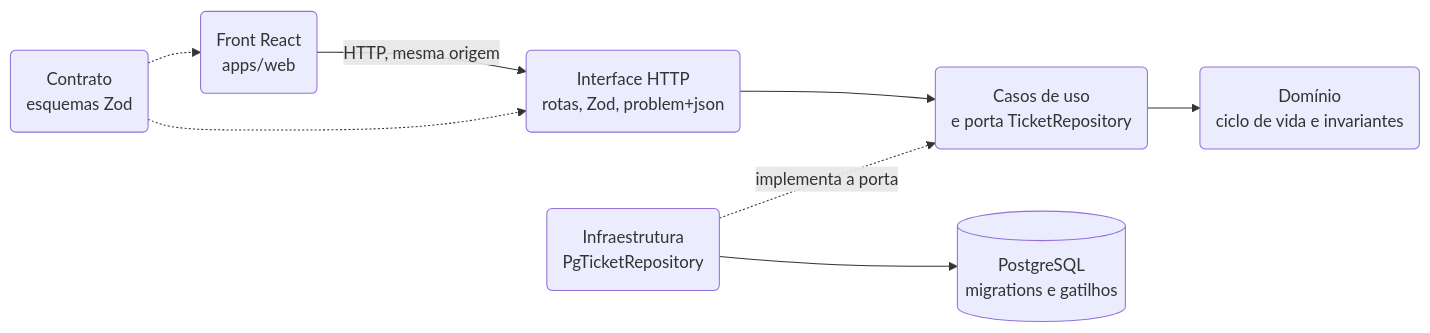
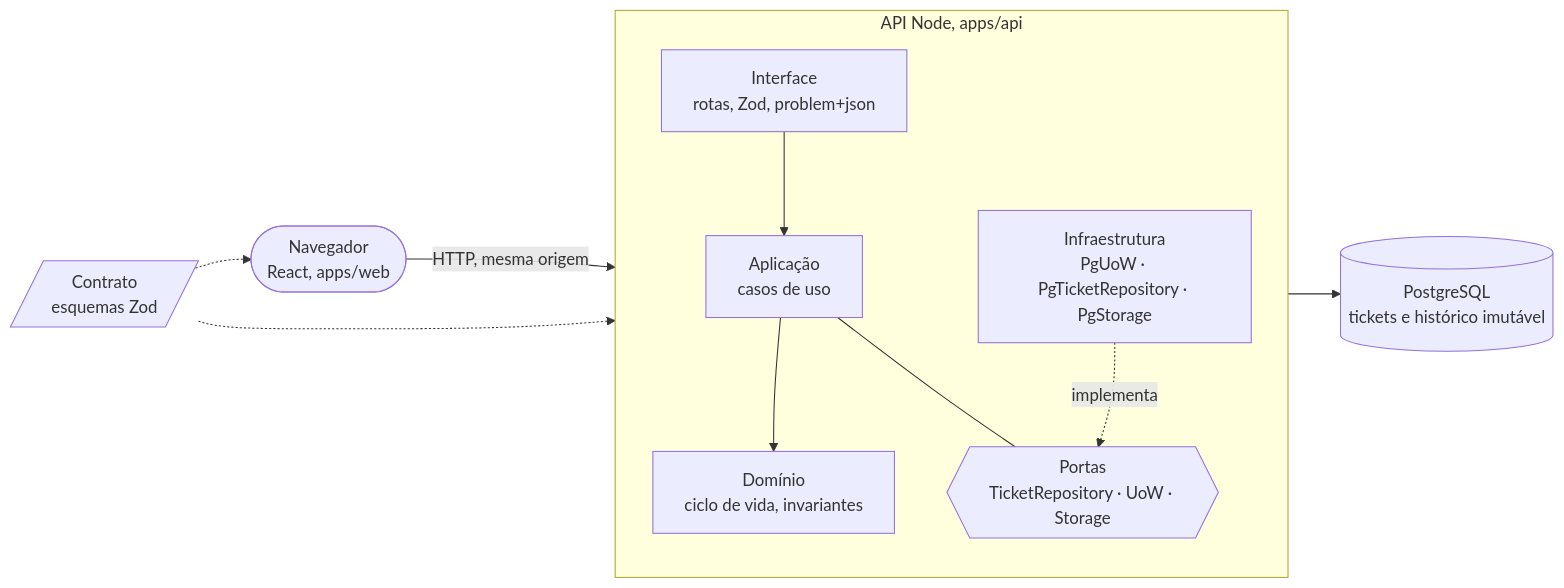
The diagram in README.md (geldois/ticketdesk), drawn with Mermaid before and after one commit. The commit also changed other lines of this file and 2 other files, not shown here.

````diff
--- a/README.md
+++ b/README.md
@@ -20,10 +23,20 @@
 ```mermaid
 flowchart LR
-    Web("Front React<br/>apps/web") -->|"HTTP, mesma origem"| Interface("Interface HTTP<br/>rotas, Zod, problem+json")
-    Contract("Contrato<br/>esquemas Zod") -.-> Web
-    Contract -.-> Interface
-    Interface --> Application("Casos de uso<br/>e porta TicketRepository")
-    Application --> Domain("Domínio<br/>ciclo de vida e invariantes")
-    Infra("Infraestrutura<br/>PgTicketRepository") -.->|"implementa a porta"| Application
-    Infra --> Db[("PostgreSQL<br/>migrations e gatilhos")]
+    Navegador(["Navegador<br/>React, apps/web"])
+    subgraph API["API Node, apps/api"]
+        direction TB
+        Interface["Interface<br/>rotas, Zod, problem+json"]
+        Aplicacao["Aplicação<br/>casos de uso"]
+        Dominio["Domínio<br/>ciclo de vida, invariantes"]
+        Portas{{"Portas<br/>TicketRepository · UoW · Storage"}}
+        Infra["Infraestrutura<br/>PgUoW · PgTicketRepository · PgStorage"]
+    end
+    Contrato[/"Contrato<br/>esquemas Zod"/]
+    Banco[("PostgreSQL<br/>tickets e histórico imutável")]
+    Navegador -->|"HTTP, mesma origem"| Interface --> Aplicacao --> Dominio
+    Aplicacao --- Portas
+    Infra -.->|"implementa"| Portas
+    Infra --> Banco
+    Contrato -.-> Navegador
+    Contrato -.-> Interface
 ```
````
